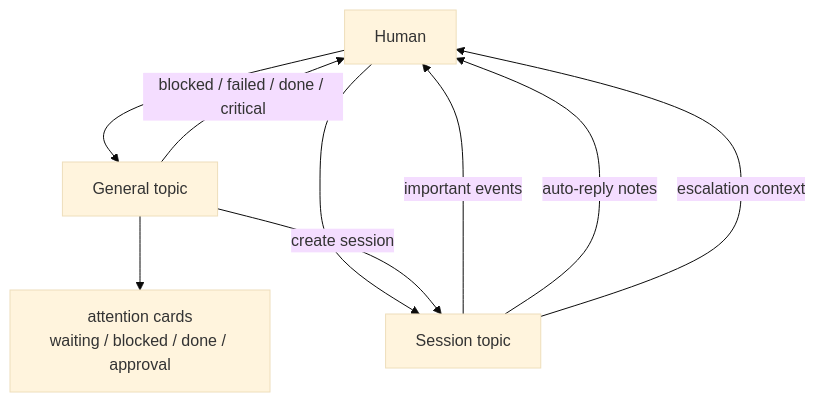
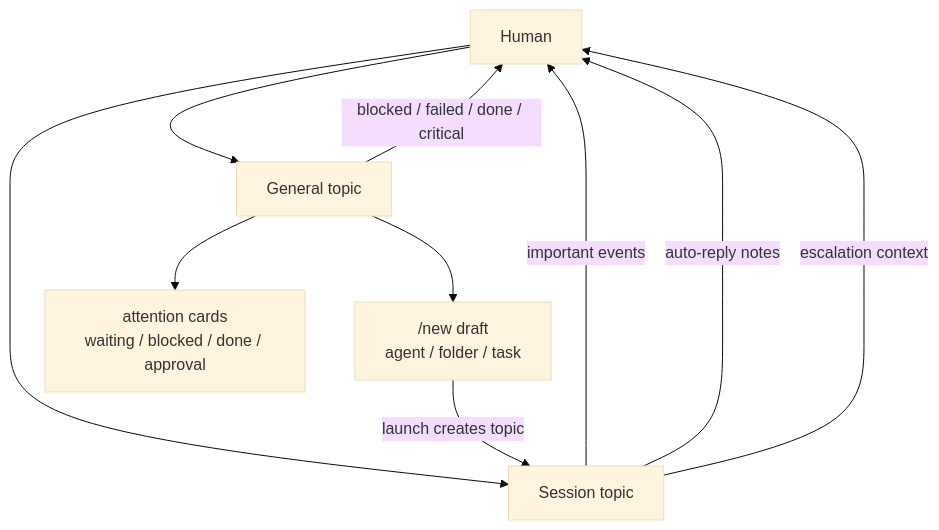
One commit to canhta/vibegram changed the third of 10 diagrams in docs/diagrams.md. Above: the diagram before and after it, drawn with Mermaid (base theme). The commit also changed 23 other files, not shown here.

Commit message:
Replace opencode with claude in Telegram flow

````diff
--- a/docs/diagrams.md
+++ b/docs/diagrams.md
@@ -71,17 +71,18 @@
 ```mermaid
 flowchart TD
     HUMAN["Human"]
     GENERAL["General topic"]
+    DRAFT["/new draft<br/>agent / folder / task"]
     SESSION["Session topic"]
     BOARD["attention cards<br/>waiting / blocked / done / approval"]
 
     HUMAN --> GENERAL
     HUMAN --> SESSION
 
     GENERAL --> BOARD
-    GENERAL -->|"create session"| SESSION
+    GENERAL --> DRAFT -->|"launch creates topic"| SESSION
     GENERAL -->|"blocked / failed / done / critical"| HUMAN
     SESSION -->|"important events"| HUMAN
     SESSION -->|"auto-reply notes"| HUMAN
     SESSION -->|"escalation context"| HUMAN
 ```
````
